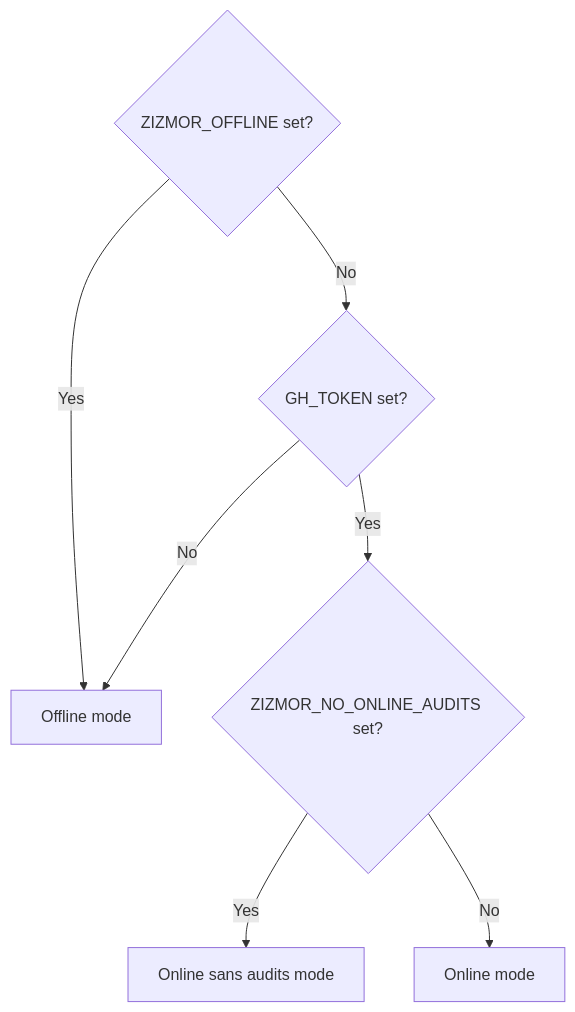
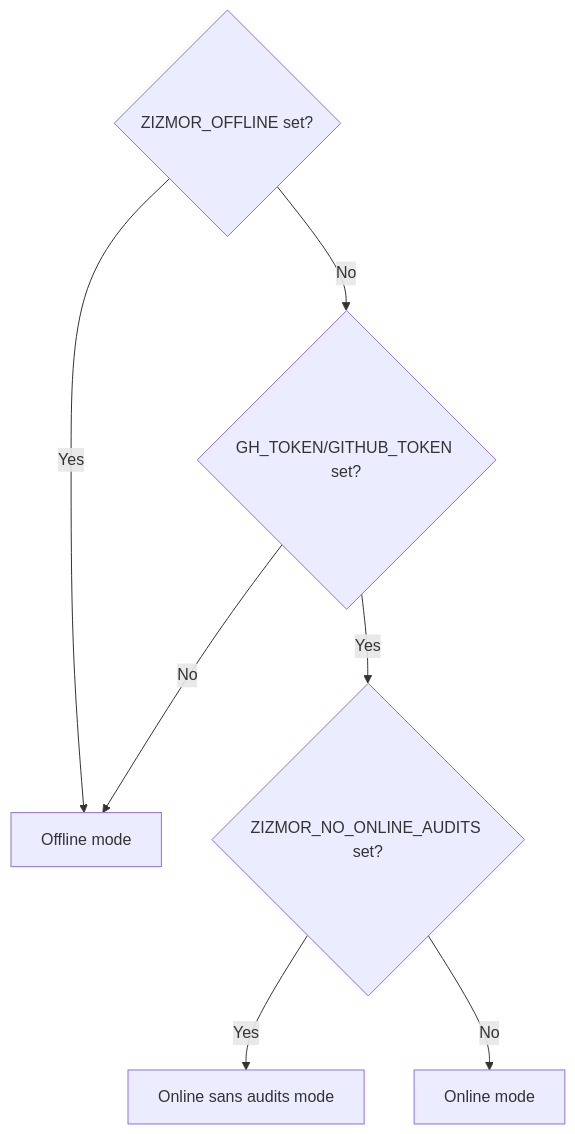
One commit to zizmorcore/zizmor changed the diagram in docs/usage.md. Above: the diagram before and after it, drawn with Mermaid. The commit also changed other lines of this file and 5 other files, not shown here.

Commit message:
Support GITHUB_TOKEN (#1566)

````diff
--- a/docs/usage.md
+++ b/docs/usage.md
@@ -136,9 +136,9 @@
 ```mermaid
 flowchart TD
   B{ZIZMOR_OFFLINE set?} -- Yes --> C[Offline mode]
-  B -- No --> D{GH_TOKEN set?}
+  B -- No --> D{GH_TOKEN/GITHUB_TOKEN set?}
   D -- No --> C
   D -- Yes --> E{ZIZMOR_NO_ONLINE_AUDITS set?}
   E -- Yes --> F[Online sans audits mode]
   E -- No --> G[Online mode]
 ```
````
